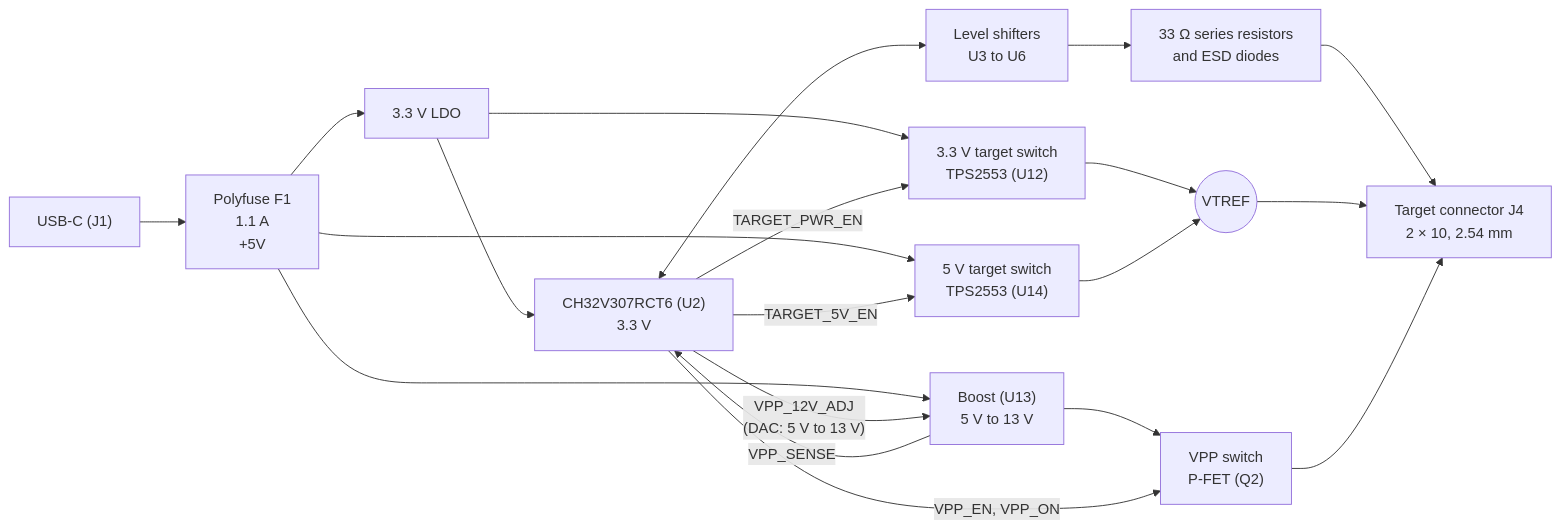
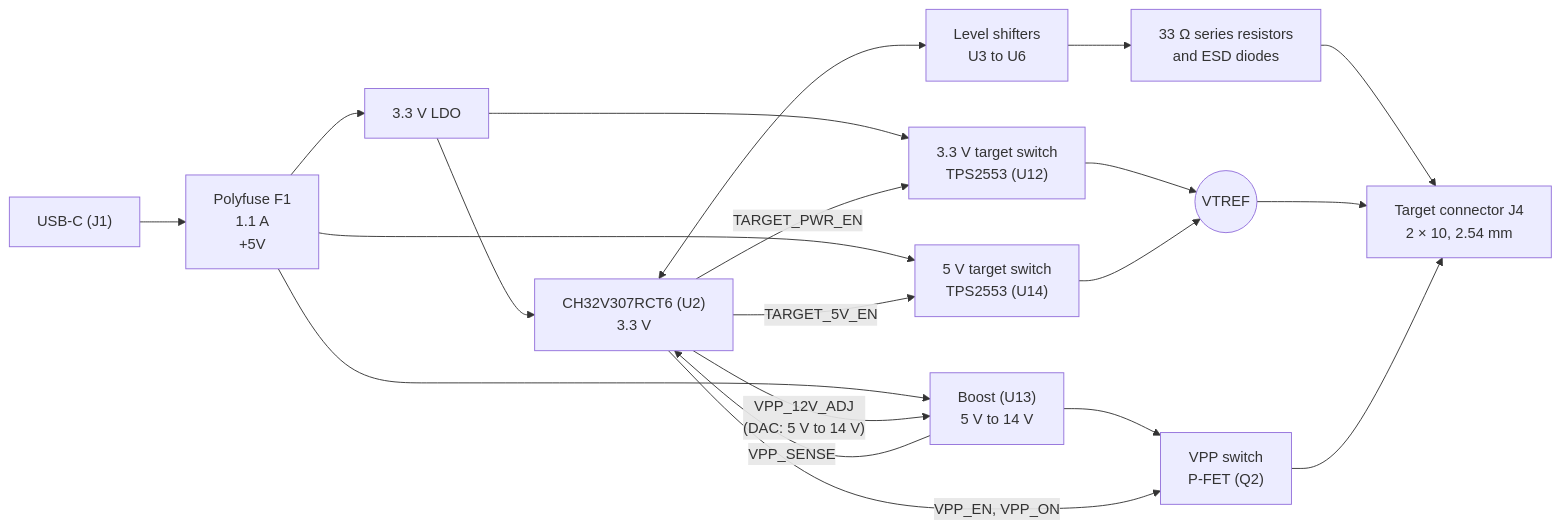
The diagram in README.md (OpenMUPP/openmupp-v1), drawn with Mermaid before and after one commit. The commit also changed other lines of this file and 2 other files, not shown here.

First line of the commit message:
feature: raise the VPP maximum to 14.1 V with R34 = 180k

````diff
--- a/README.md
+++ b/README.md
@@ -19,25 +19,25 @@
 ```mermaid
 flowchart LR
     usb["USB-C (J1)"] --> fuse["Polyfuse F1<br/>1.1 A<br/>+5V"]
     fuse --> ldo["3.3 V LDO"]
-    fuse --> boost["Boost (U13)<br/>5 V to 13 V"]
+    fuse --> boost["Boost (U13)<br/>5 V to 14 V"]
     ldo --> mcu["CH32V307RCT6 (U2)<br/>3.3 V"]
     mcu <--> ls["Level shifters<br/>U3 to U6"]
     ls --> esd["33 Ω series resistors<br/>and ESD diodes"]
     esd --> j4["Target connector J4<br/>2 × 10, 2.54 mm"]
 
     ldo --> tps33["3.3 V target switch<br/>TPS2553 (U12)"]
     fuse --> tps5["5 V target switch<br/>TPS2553 (U14)"]
     tps33 --> vtref(("VTREF"))
     tps5 --> vtref
     vtref --> j4
 
     boost --> vpp["VPP switch<br/>P-FET (Q2)"]
     vpp --> j4
 
     mcu -- "TARGET_PWR_EN" --> tps33
     mcu -- "TARGET_5V_EN" --> tps5
-    mcu -- "VPP_12V_ADJ<br/>(DAC: 5 V to 13 V)" --> boost
+    mcu -- "VPP_12V_ADJ<br/>(DAC: 5 V to 14 V)" --> boost
     mcu -- "VPP_EN, VPP_ON" --> vpp
     boost -- "VPP_SENSE" --> mcu
 ```
````
